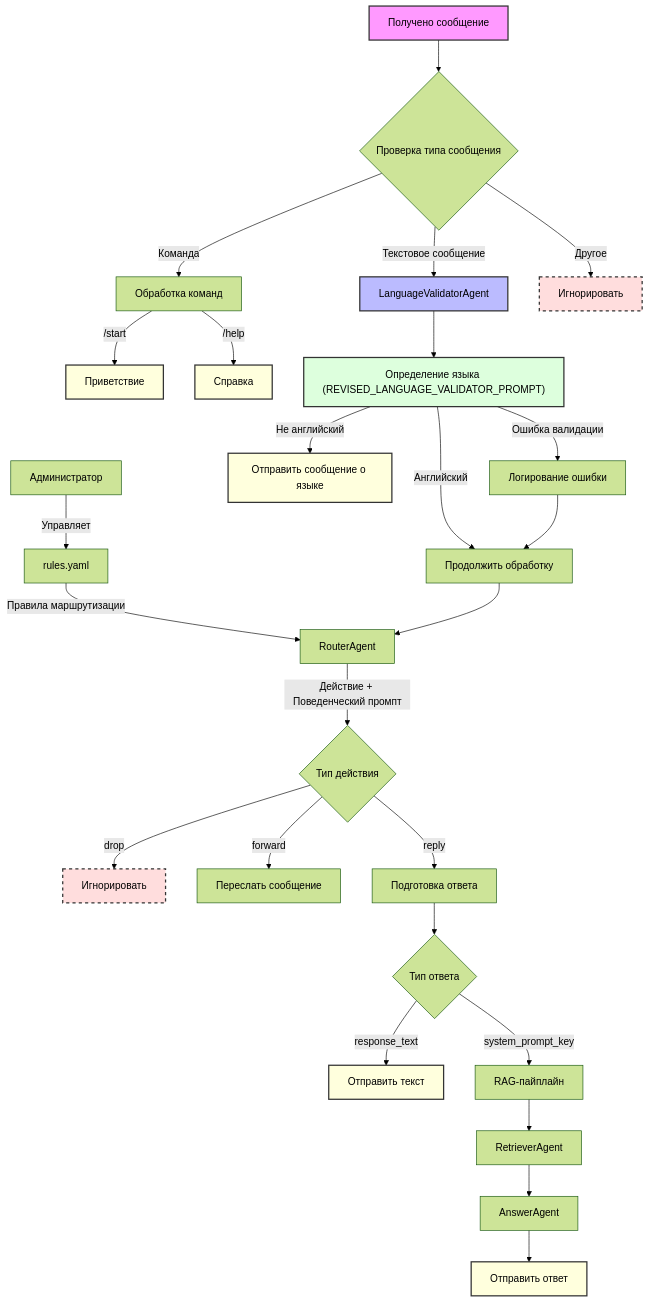
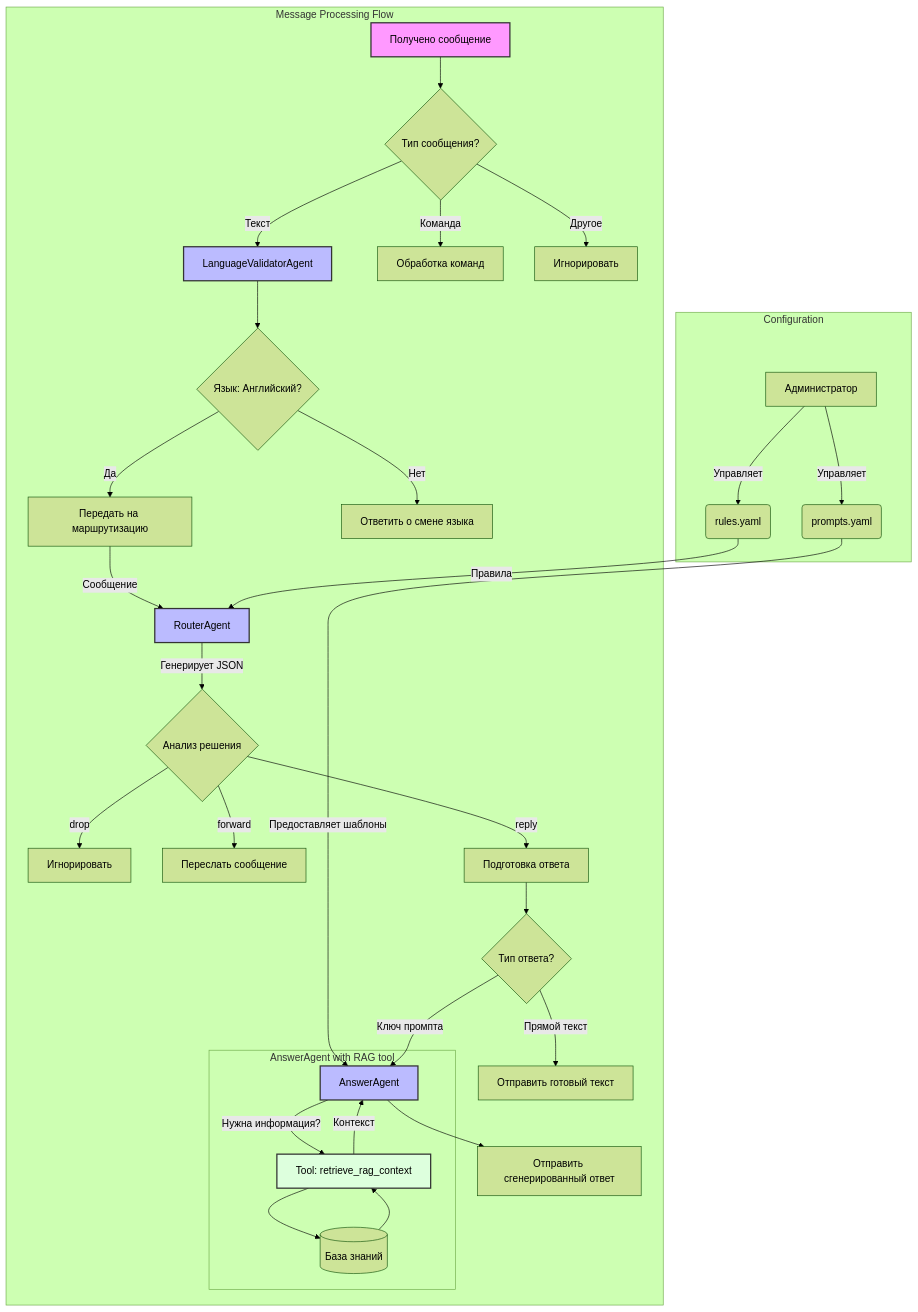
Before and after one commit to Zegor88/SupportBot: the diagram in README.md, drawn with Mermaid (forest theme). The commit also changed other lines of this file, not shown here.

Commit message:
docs: обновлена диаграмма в README.md для отражения текущей архитектуры

````diff
--- a/README.md
+++ b/README.md
@@ -109,43 +24,48 @@
 ```mermaid
 flowchart TD
-    Z1[Администратор] -->|Управляет| Z2[rules.yaml]
-    
-    A[Получено сообщение] --> B{Проверка типа сообщения}
-    B -->|Текстовое сообщение| C[LanguageValidatorAgent]
-    B -->|Команда| D[Обработка команд]
-    D -->|/start| D1[Приветствие]
-    D -->|/help| D2[Справка]
-    B -->|Другое| E[Игнорировать]
-    
-    C --> F["Определение языка (REVISED_LANGUAGE_VALIDATOR_PROMPT)"]
-    F -->|Английский| G[Продолжить обработку]
-    F -->|Не английский| H[Отправить сообщение о языке]
-    F -->|Ошибка валидации| I[Логирование ошибки]
-    I --> G
-    
-    Z2 -->|Правила маршрутизации| J[RouterAgent]
-    G --> J
-    J -->|Действие + Поведенческий промпт| K{Тип действия}
-    K -->|drop| L[Игнорировать]
-    K -->|forward| M[Переслать сообщение]
-    K -->|reply| N[Подготовка ответа]
-    
-    N --> O{Тип ответа}
-    O -->|response_text| P[Отправить текст]
-    O -->|system_prompt_key| Q[RAG-пайплайн]
-    
-    Q --> R[RetrieverAgent]
-    R --> S[AnswerAgent]
-    S --> T[Отправить ответ]
-    
+    subgraph Configuration
+        Z1[Администратор] -- Управляет --> Z2(rules.yaml)
+        Z1[Администратор] -- Управляет --> Z3(prompts.yaml)
+    end
+
+    subgraph "Message Processing Flow"
+        A[Получено сообщение] --> B{Тип сообщения?}
+        B -->|Текст| C[LanguageValidatorAgent]
+        B -->|Команда| D[Обработка команд]
+        B -->|Другое| E[Игнорировать]
+
+        C --> F{Язык: Английский?}
+        F -- Да --> G[Передать на маршрутизацию]
+        F -- Нет --> H[Ответить о смене языка]
+        
+        G -- Сообщение --> J[RouterAgent]
+        Z2 -- Правила --> J
+        
+        J -- Генерирует JSON --> K{Анализ решения}
+        K -->|drop| L[Игнорировать]
+        K -->|forward| M[Переслать сообщение]
+        K -->|reply| N[Подготовка ответа]
+        
+        N --> O{Тип ответа?}
+        O -->|Прямой текст| P[Отправить готовый текст]
+        Z3 -- Предоставляет шаблоны --> S[AnswerAgent]
+        O -->|Ключ промпта| S
+
+        
+        
+        subgraph "AnswerAgent with RAG tool"
+            S -- "Нужна информация?" --> T["Tool: retrieve_rag_context"]
+            T --> VDB[(База знаний)]
+            VDB --> T
+            T -- Контекст --> S
+        end
+        
+        S --> U[Отправить сгенерированный ответ]
+    end
+
     style A fill:#f9f,stroke:#333,stroke-width:2px
     style C fill:#bbf,stroke:#333,stroke-width:2px
-    style F fill:#dfd,stroke:#333,stroke-width:2px
-    style D1 fill:#ffd,stroke:#333,stroke-width:2px
-    style D2 fill:#ffd,stroke:#333,stroke-width:2px
-    style H fill:#ffd,stroke:#333,stroke-width:2px
-    style E fill:#fdd,stroke:#333,stroke-width:2px,stroke-dasharray: 5 5
-    style L fill:#fdd,stroke:#333,stroke-width:2px,stroke-dasharray: 5 5
-    style P fill:#ffd,stroke:#333,stroke-width:2px
-    style T fill:#ffd,stroke:#333,stroke-width:2px
+    style J fill:#bbf,stroke:#333,stroke-width:2px
+    style S fill:#bbf,stroke:#333,stroke-width:2px
+    style T fill:#dfd,stroke:#333,stroke-width:2px
 ```
````
